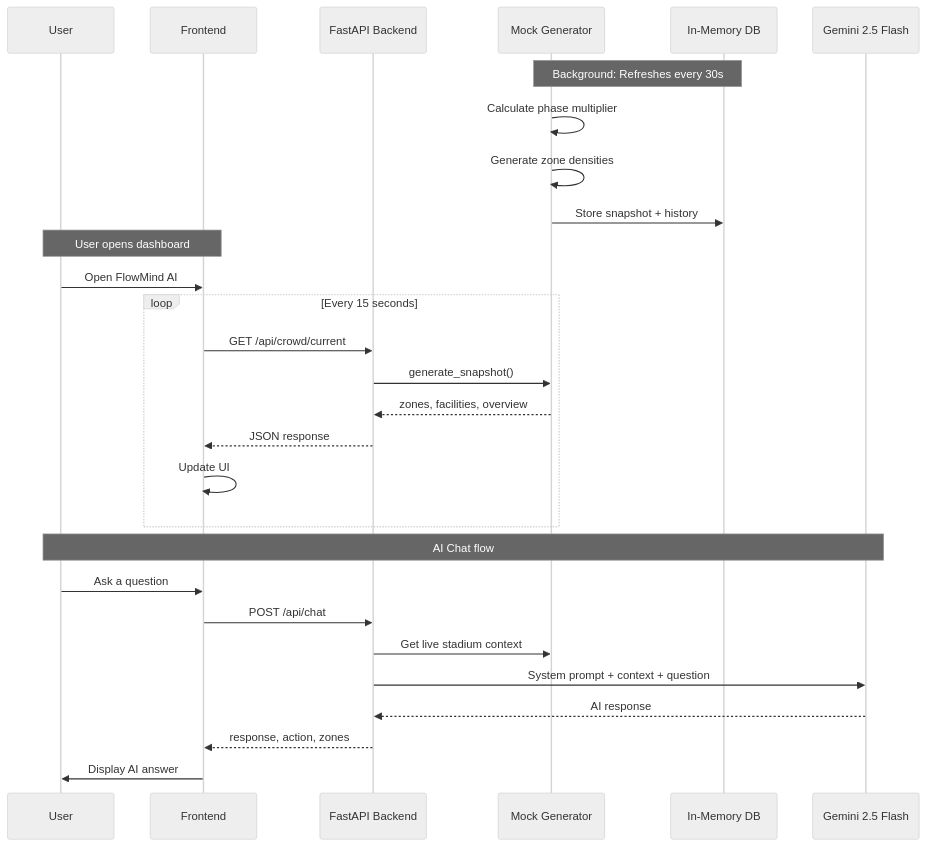
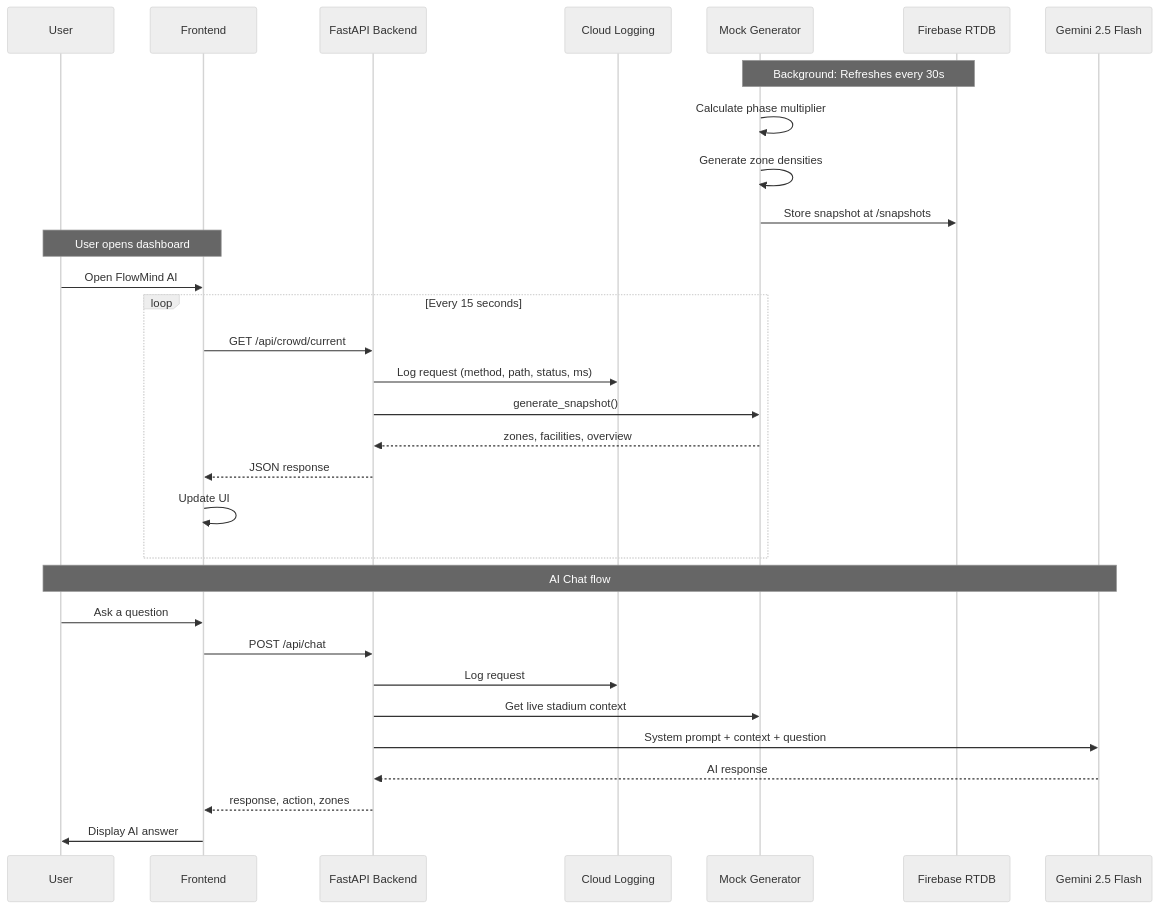
One commit to dpkpaswan/flowmind-ai changed the second of 3 diagrams in README.md. Above: the diagram before and after it, drawn with Mermaid (neutral theme). The commit also changed other lines of this file, not shown here.

````diff
--- a/README.md
+++ b/README.md
@@ -110,33 +119,36 @@
 ```mermaid
 sequenceDiagram
     participant User
     participant React as Frontend
     participant API as FastAPI Backend
+    participant Log as Cloud Logging
     participant Gen as Mock Generator
-    participant DB as In-Memory DB
+    participant DB as Firebase RTDB
     participant AI as Gemini 2.5 Flash
 
     Note over Gen,DB: Background: Refreshes every 30s
     Gen->>Gen: Calculate phase multiplier
     Gen->>Gen: Generate zone densities
-    Gen->>DB: Store snapshot + history
+    Gen->>DB: Store snapshot at /snapshots
 
     Note over User,React: User opens dashboard
     User->>React: Open FlowMind AI
     loop Every 15 seconds
         React->>API: GET /api/crowd/current
+        API->>Log: Log request (method, path, status, ms)
         API->>Gen: generate_snapshot()
         Gen-->>API: zones, facilities, overview
         API-->>React: JSON response
         React->>React: Update UI
     end
 
     Note over User,AI: AI Chat flow
     User->>React: Ask a question
     React->>API: POST /api/chat
+    API->>Log: Log request
     API->>Gen: Get live stadium context
     API->>AI: System prompt + context + question
     AI-->>API: AI response
     API-->>React: response, action, zones
     React->>User: Display AI answer
 ```
````
